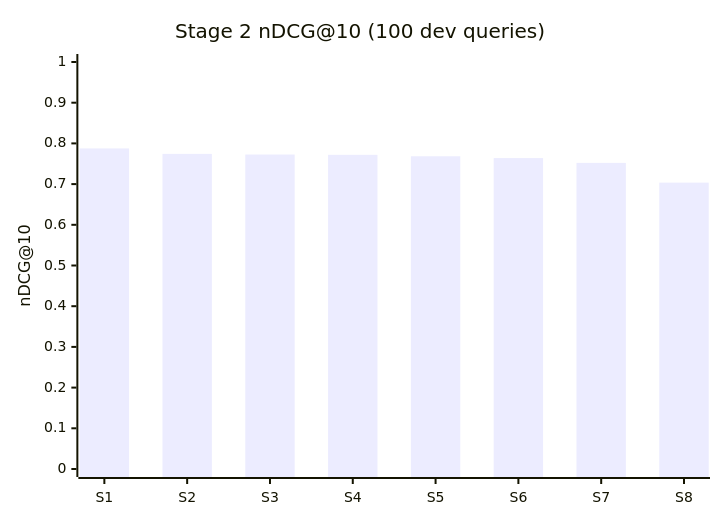
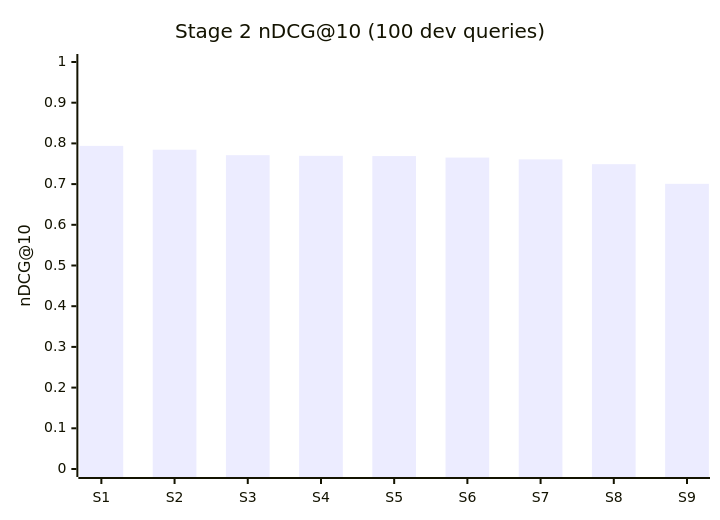
Before and after one commit to sidagarwal-labs/arxiv-search: the third of 3 diagrams in docs/06-charts.md, drawn with Mermaid. The commit also changed other lines of this file and 1240 other files, not shown here.

````diff
--- a/docs/06-charts.md
+++ b/docs/06-charts.md
@@ -61,7 +61,7 @@
 ```mermaid
 xychart-beta
     title "Stage 2 nDCG@10 (100 dev queries)"
-    x-axis [S1, S2, S3, S4, S5, S6, S7, S8]
+    x-axis [S1, S2, S3, S4, S5, S6, S7, S8, S9]
     y-axis "nDCG@10" 0 --> 1
-    bar [0.7877, 0.7742, 0.7726, 0.7719, 0.7684, 0.7639, 0.7521, 0.7036]
+    bar [0.7939, 0.7845, 0.7711, 0.7695, 0.7688, 0.7652, 0.7608, 0.7490, 0.7007]
 ```
````
